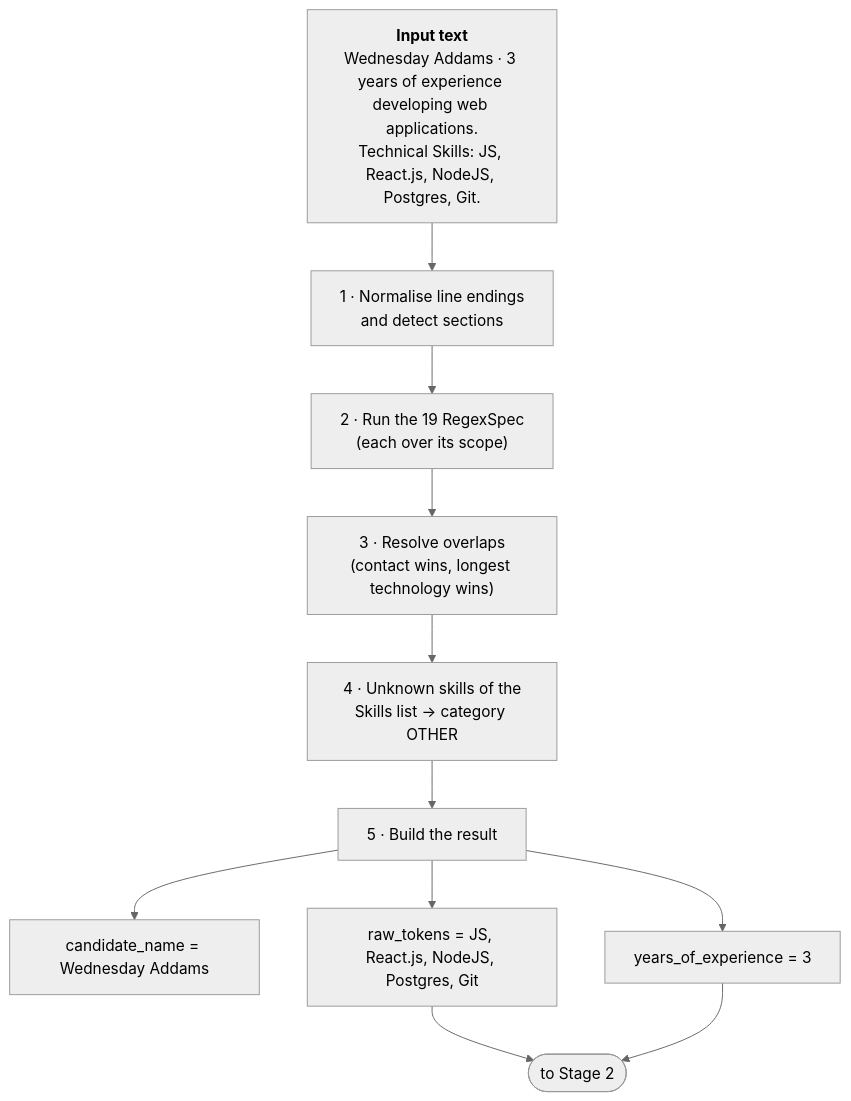
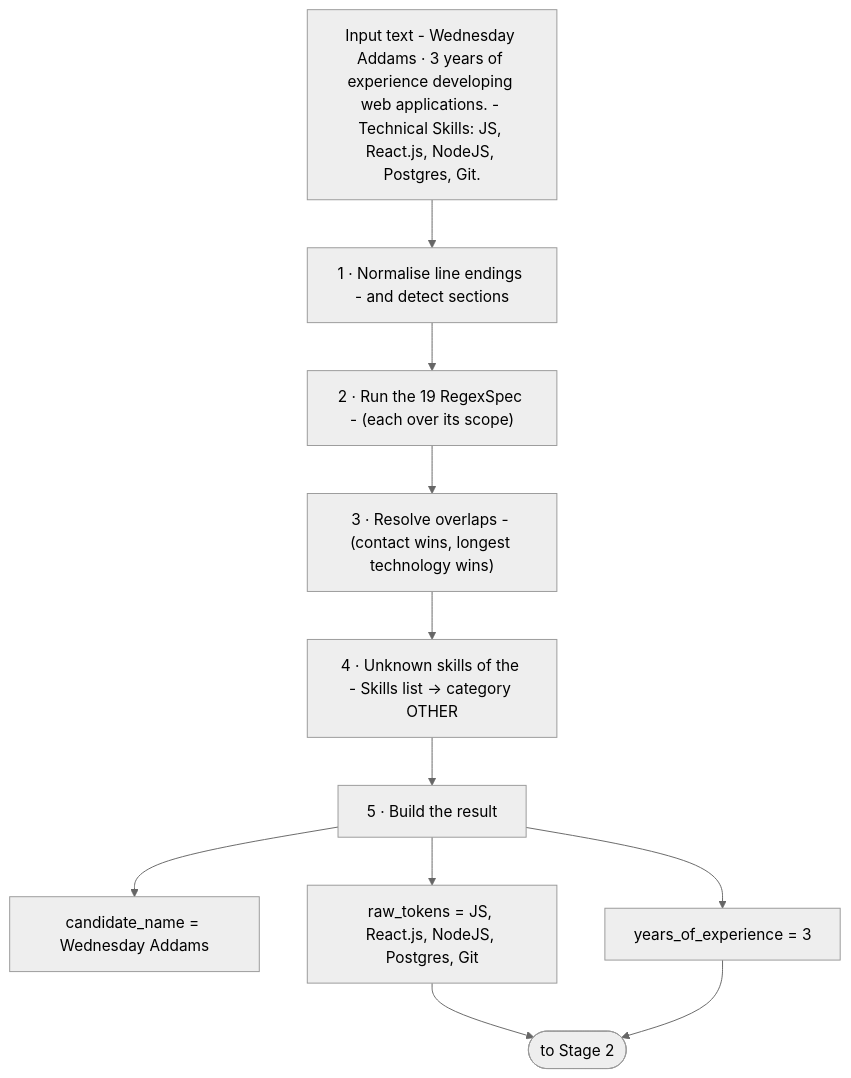
The third of 39 diagrams in docs/stage1_regex.md (JuanJoe-18/DiscreteIII-Integrative-Task-VictorTeam), drawn with Mermaid (neutral theme) before and after one commit. The commit also changed other lines of this file, not shown here.

Commit message:
fix: stage1_regex.md updated

````diff
--- a/docs/stage1_regex.md
+++ b/docs/stage1_regex.md
@@ -82,14 +82,14 @@
 ```mermaid
 flowchart TD
-    T["<b>Input text</b><br/>Wednesday Addams · 3 years of experience developing web applications.<br/>Technical Skills: JS, React.js, NodeJS, Postgres, Git."]
-    T --> S1["1 · Normalise line endings<br/>and detect sections"]
-    S1 --> S2["2 · Run the 19 RegexSpec<br/>(each over its scope)"]
-    S2 --> S3["3 · Resolve overlaps<br/>(contact wins, longest technology wins)"]
-    S3 --> S4["4 · Unknown skills of the<br/>Skills list → category OTHER"]
+    T["Input text - Wednesday Addams · 3 years of experience developing web applications. - Technical Skills: JS, React.js, NodeJS, Postgres, Git."]
+    T --> S1["1 · Normalise line endings - and detect sections"]
+    S1 --> S2["2 · Run the 19 RegexSpec - (each over its scope)"]
+    S2 --> S3["3 · Resolve overlaps - (contact wins, longest technology wins)"]
+    S3 --> S4["4 · Unknown skills of the - Skills list → category OTHER"]
     S4 --> S5["5 · Build the result"]
     S5 --> R1["candidate_name = Wednesday Addams"]
     S5 --> R2["years_of_experience = 3"]
     S5 --> R3["raw_tokens = JS, React.js, NodeJS, Postgres, Git"]
     R3 --> ST2(["to Stage 2"])
     R2 --> ST2
 ```
````
